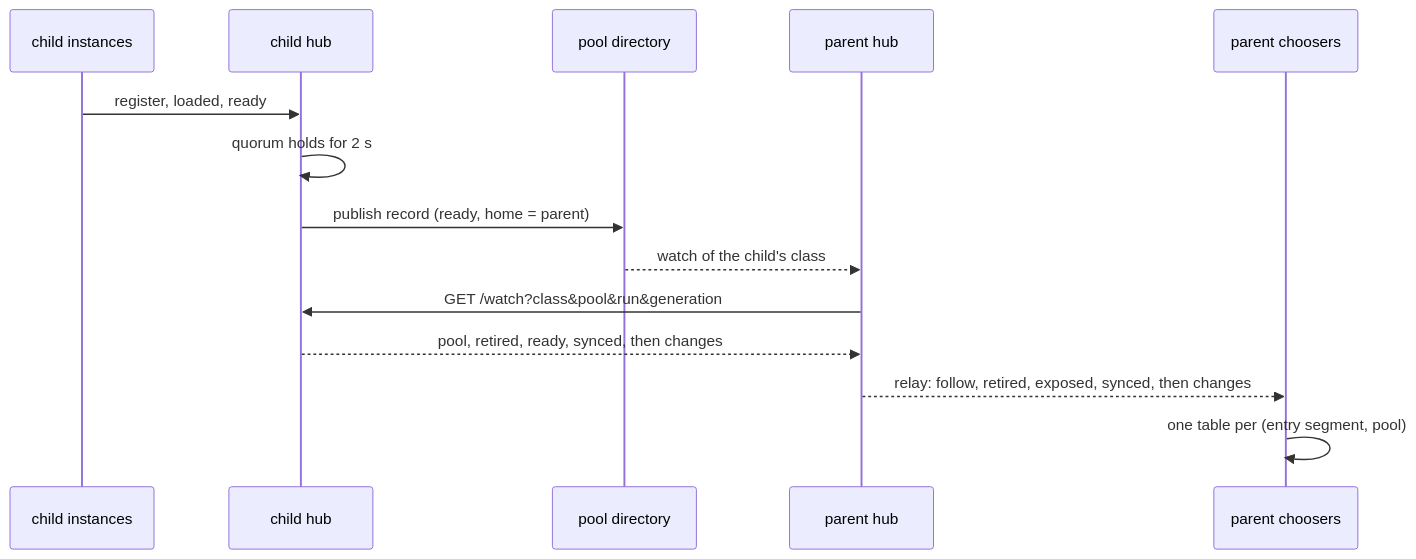
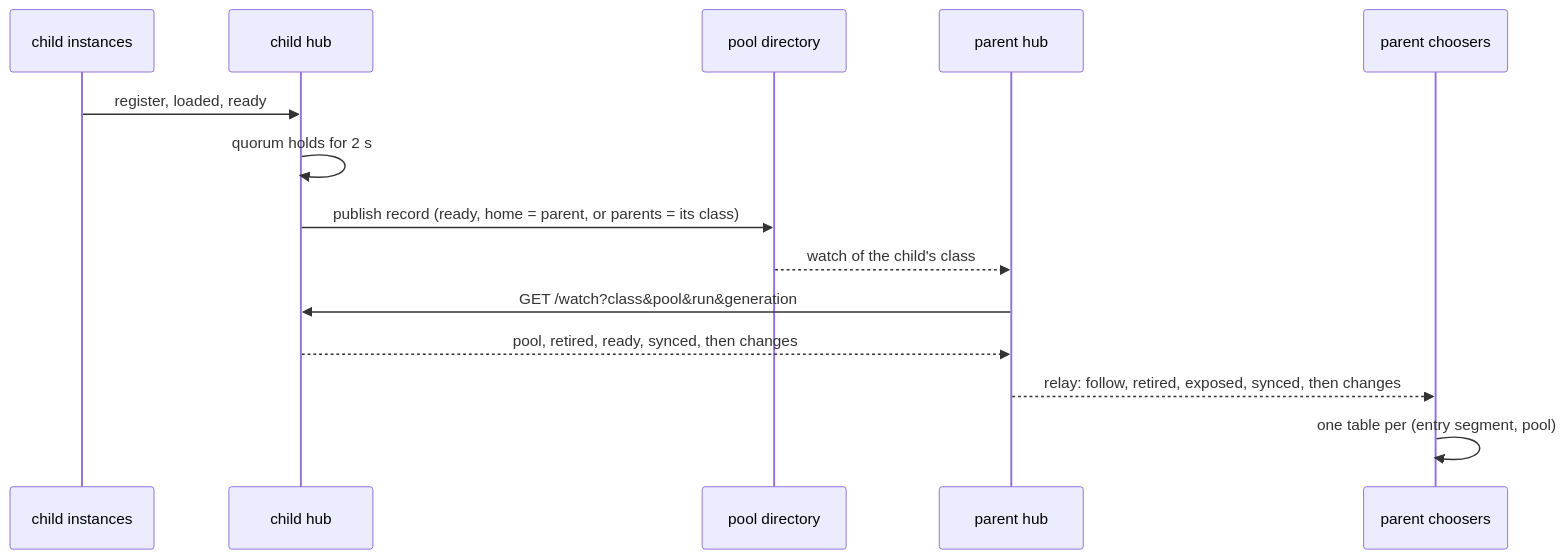
One commit to ryanolson/gdl changed the first of 2 diagrams in docs/src/concepts/pool-routing.md. Above: the diagram before and after it, drawn with Mermaid. The commit also changed other lines of this file and 51 other files, not shown here.

````diff
--- a/docs/src/concepts/pool-routing.md
+++ b/docs/src/concepts/pool-routing.md
@@ -22,16 +24,16 @@
 ```mermaid
 sequenceDiagram
     participant MI as child instances
     participant MH as child hub
     participant D as pool directory
     participant GH as parent hub
     participant GI as parent choosers
     MI->>MH: register, loaded, ready
     MH->>MH: quorum holds for 2 s
-    MH->>D: publish record (ready, home = parent)
+    MH->>D: publish record (ready, home = parent, or parents = its class)
     D-->>GH: watch of the child's class
     GH->>MH: GET /watch?class&pool&run&generation
     MH-->>GH: pool, retired, ready, synced, then changes
     GH-->>GI: relay: follow, retired, exposed, synced, then changes
     GI->>GI: one table per (entry segment, pool)
 ```
````
